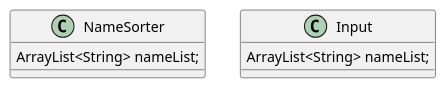
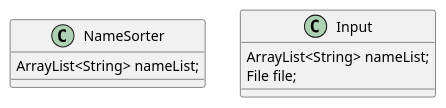
One commit to nick-vigg/Viggiani-cop3330-assignment3 changed the diagram in src/main/java/ex41/NameSorter.puml. Above: the diagram before and after it, drawn with PlantUML. The commit also changed 3 other files, not shown here.

```diff
--- a/src/main/java/ex41/NameSorter.puml
+++ b/src/main/java/ex41/NameSorter.puml
@@ -1,10 +1,11 @@
 @startuml
 'https://plantuml.com/sequence-diagram
 
 class NameSorter{
 ArrayList<String> nameList;
 }
 class Input{
 ArrayList<String> nameList;
+File file;
 }
 @enduml
```
